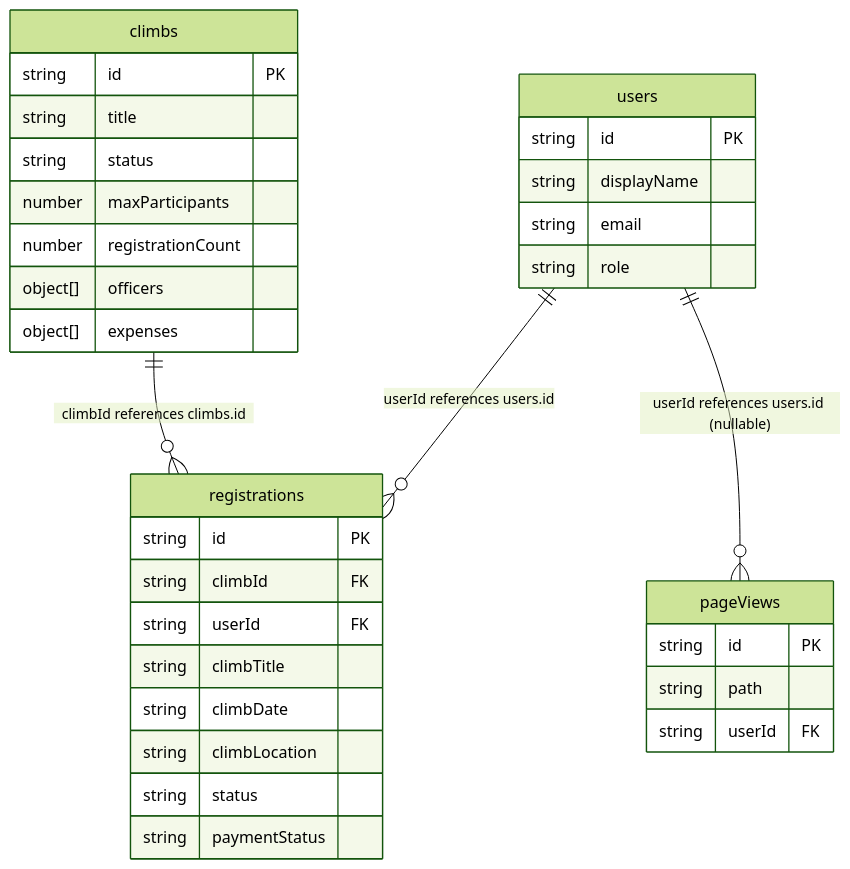
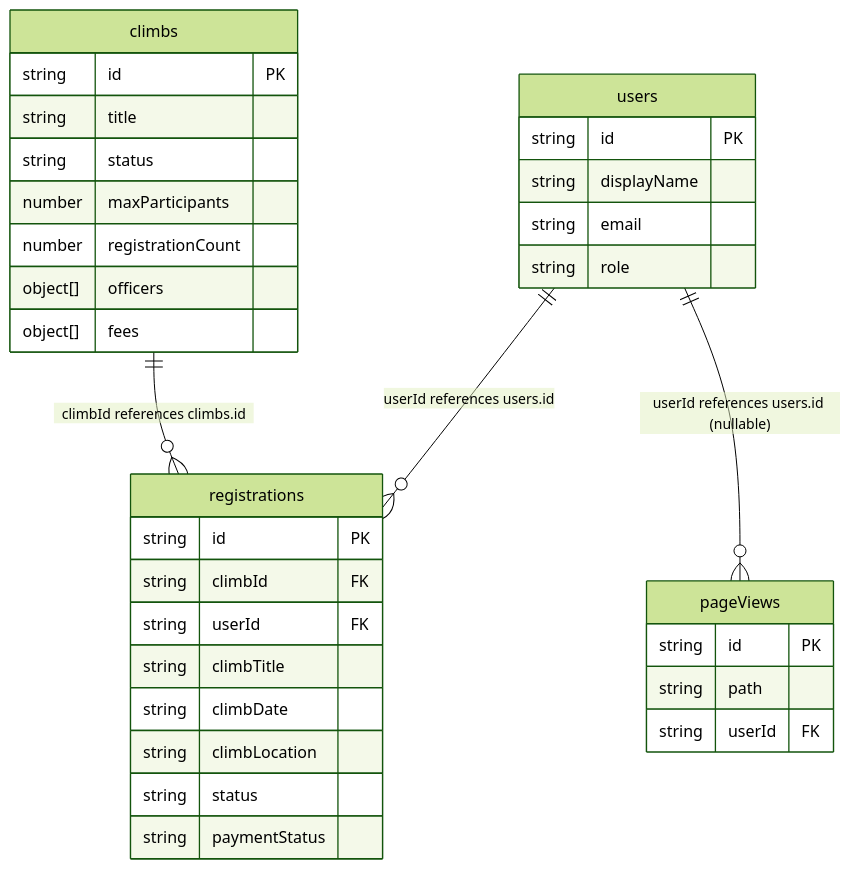
Before and after one commit to Oweeboi011/mms-open-climbs: the sixth of 7 diagrams in docs/wiki/DATA.md, drawn with Mermaid (forest theme). The commit also changed other lines of this file and 50 other files, not shown here.

````diff
--- a/docs/wiki/DATA.md
+++ b/docs/wiki/DATA.md
@@ -286,40 +286,40 @@
 ```mermaid
 erDiagram
     climbs {
         string id PK
         string title
         string status
         number maxParticipants
         number registrationCount
         object[] officers
-        object[] expenses
+        object[] fees
     }
 
     registrations {
         string id PK
         string climbId FK
         string userId FK
         string climbTitle
         string climbDate
         string climbLocation
         string status
         string paymentStatus
     }
 
     users {
         string id PK
         string displayName
         string email
         string role
     }
 
     pageViews {
         string id PK
         string path
         string userId FK
     }
 
     climbs ||--o{ registrations : "climbId references climbs.id"
     users ||--o{ registrations : "userId references users.id"
     users ||--o{ pageViews : "userId references users.id (nullable)"
 ```
````
